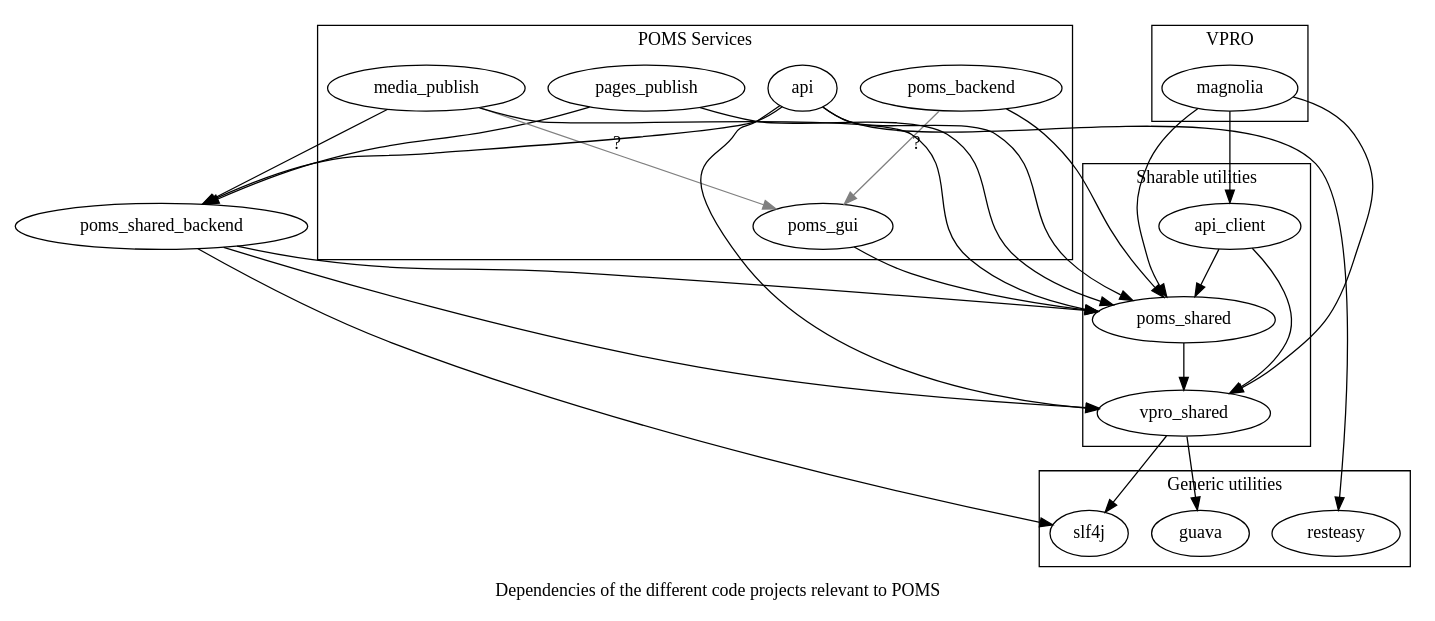
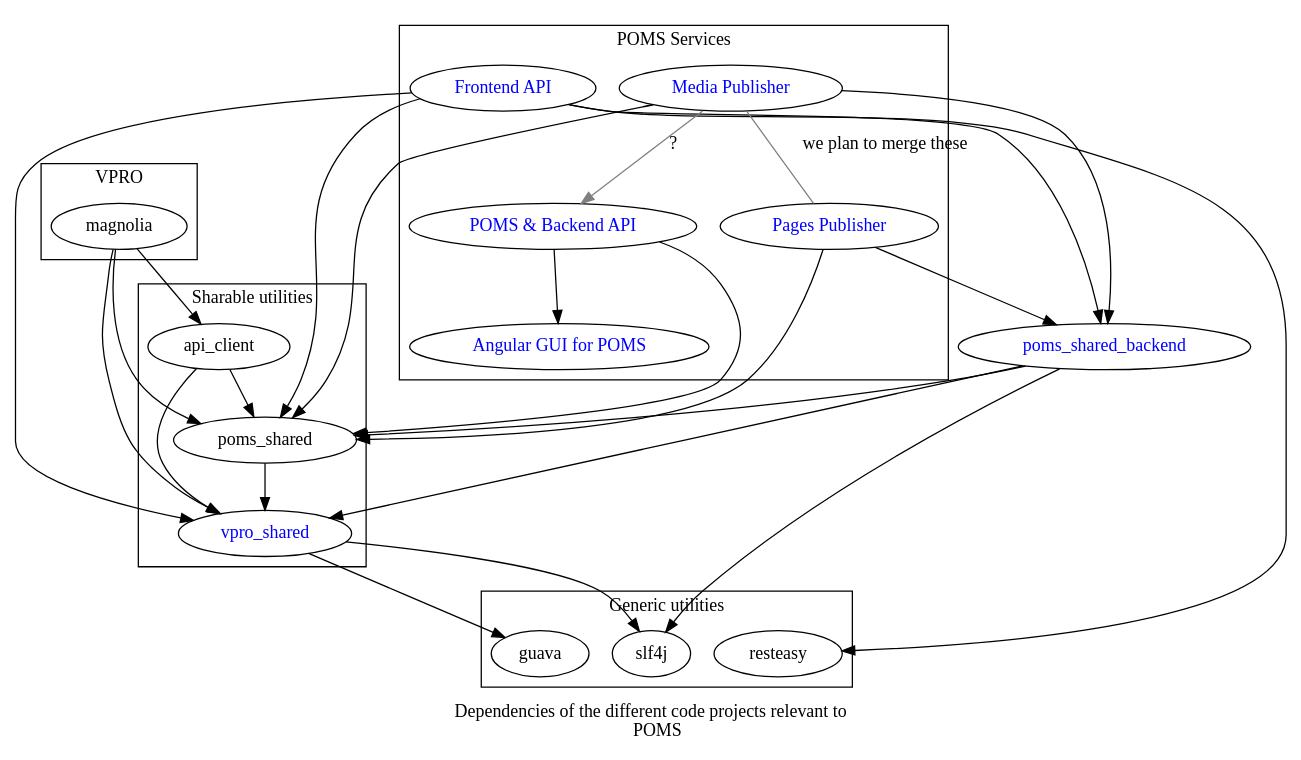
One commit to npo-poms/poms-parent changed the diagram in poms-dependencies.dot. Above: the diagram before and after it, drawn with Graphviz. The commit also changed 5 other files, not shown here.

```diff
--- a/poms-dependencies.dot
+++ b/poms-dependencies.dot
@@ -1,61 +1,74 @@
 /*
 
 
 */
 digraph {
-    vpro_shared [ href="https://github.com/vpro/vpro-shared"];
+    vpro_shared [ href="https://github.com/vpro/vpro-shared" fontcolor=blue ];
+    poms_backend [ label="POMS & Backend API" href="https://subversion.vpro.nl/viewvc/nl/vpro/media" fontcolor=blue ];
+    poms_gui [ label="Angular GUI for POMS" href="https://subversion.vpro.nl/viewvc/nl/vpro/media-gui" fontcolor=blue ];
+    poms_shared_backend [ href="https://subversion.vpro.nl/viewvc/nl/publiekeomroep/poms-shared-backend/" fontcolor=blue ];
+    api [ label="Frontend API" href="https://subversion.vpro.nl/viewvc/nl/vpro/api/" fontcolor=blue ];
+    media_publish [ label="Media Publisher" href="https://subversion.vpro.nl/viewvc/nl/publiekeomroep/npo-publish/" fontcolor=blue ];
+    pages_publish [ label="Pages Publisher" href="https://subversion.vpro.nl/viewvc/nl/publiekeomroep/npo-publish/" fontcolor=blue ];
 
-    label="Dependencies of the different code projects relevant to POMS";
+
+
+    label="Dependencies of the different code projects relevant to
+    POMS";
+
     subgraph cluster_0  {
         label="Generic utilities";
         description="Utilities which we don't maintain";
         slf4j; guava; resteasy;
     }
 
     subgraph cluster_1  {
         label="VPRO";
         magnolia;
     }
     subgraph cluster_2  {
         label="POMS Services";
         description="These are actually deployed";
         poms_gui; poms_backend; pages_publish; media_publish; api;
     }
 
     subgraph cluster_4  {
         label="Sharable utilities";
         api_client; vpro_shared; poms_shared;
     }
 
 
     vpro_shared -> { slf4j guava};
     poms_shared -> vpro_shared;
     poms_shared_backend -> vpro_shared;
     poms_shared_backend -> poms_shared;
     poms_shared_backend -> slf4j;
-    poms_gui -> poms_shared;
 
     api -> poms_shared;
     api -> poms_shared_backend;
     api -> vpro_shared;
     api -> resteasy;
 
 
     pages_publish -> poms_shared_backend;
     pages_publish -> poms_shared;
 
     media_publish -> poms_shared;
     media_publish -> poms_shared_backend;
-    media_publish -> poms_gui[color=gray, weight=0.1, label="?"] // I  think this currently exists, but shouldn't
+    media_publish -> poms_backend[color=gray weight=0.1 label="?"] // I  think this currently exists, but shouldn't
+
+    media_publish -> pages_publish[color=gray label="we plan to merge these" arrowhead=none]
 
     api_client-> poms_shared;
     api_client-> vpro_shared;
 
     magnolia -> api_client;
     magnolia -> vpro_shared;
     magnolia -> poms_shared;
 
-    poms_backend -> poms_shared
-    poms_backend -> poms_gui[color=gray, weight=0.1, label="?"] // I  think this currently exists, but shouldn't
+    poms_backend -> poms_shared;
+
+    poms_backend -> poms_gui;
+
 
 }
```
